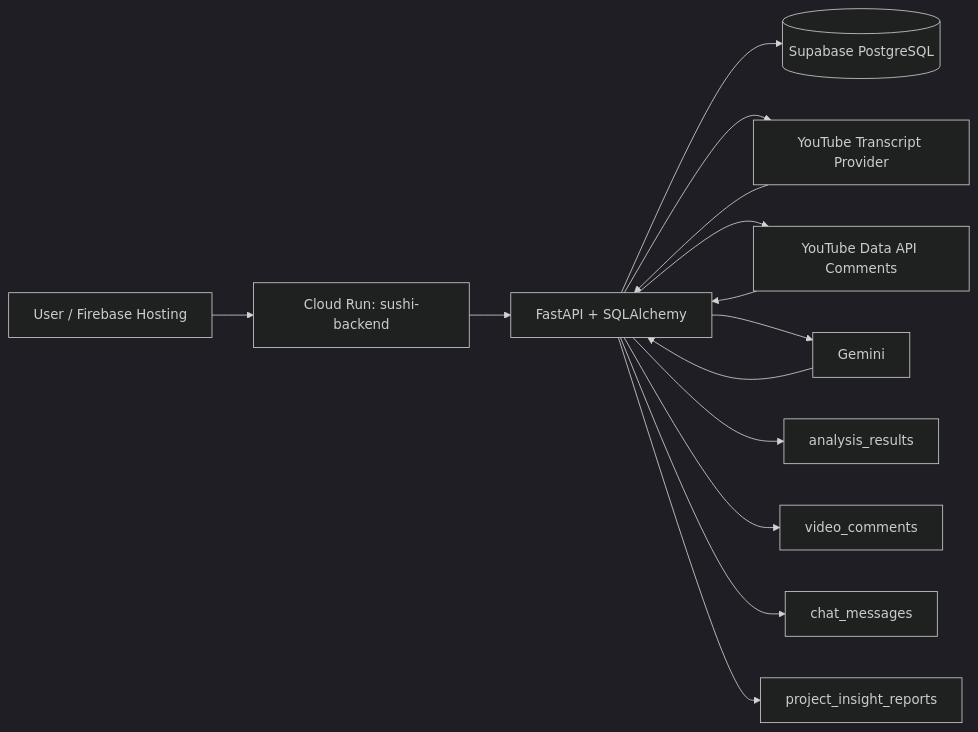
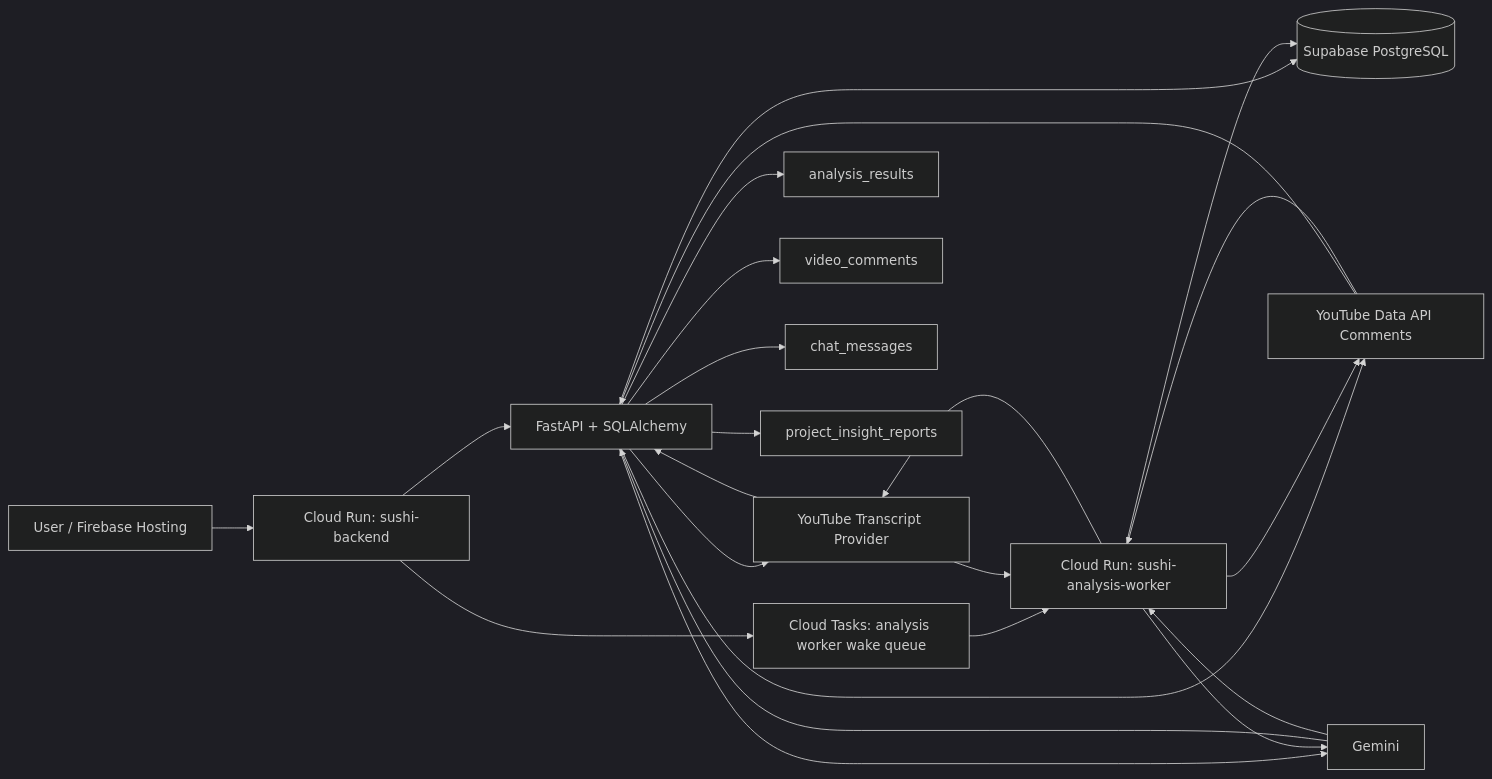
The first of 2 diagrams in DATABASE_DESIGN.md (jjjyogurt/Sushi), drawn with Mermaid (dark theme) before and after one commit. The commit also changed other lines of this file and 99 other files, not shown here.

````diff
--- a/DATABASE_DESIGN.md
+++ b/DATABASE_DESIGN.md
@@ -26,19 +26,28 @@
 ```mermaid
 flowchart LR
     A[User / Firebase Hosting] --> B[Cloud Run: sushi-backend]
     B --> C[FastAPI + SQLAlchemy]
     C --> D[(Supabase PostgreSQL)]
+    B --> WQ[Cloud Tasks: analysis worker wake queue]
+    WQ --> W[Cloud Run: sushi-analysis-worker]
 
     C --> E[YouTube Transcript Provider]
     C --> F[YouTube Data API Comments]
     C --> G[Gemini]
+    W --> E
+    W --> F
+    W --> G
+    W --> D
 
     E --> C
     F --> C
     G --> C
+    E --> W
+    F --> W
+    G --> W
 
     C --> H[analysis_results]
     C --> I[video_comments]
     C --> J[chat_messages]
     C --> K[project_insight_reports]
 ```
````
